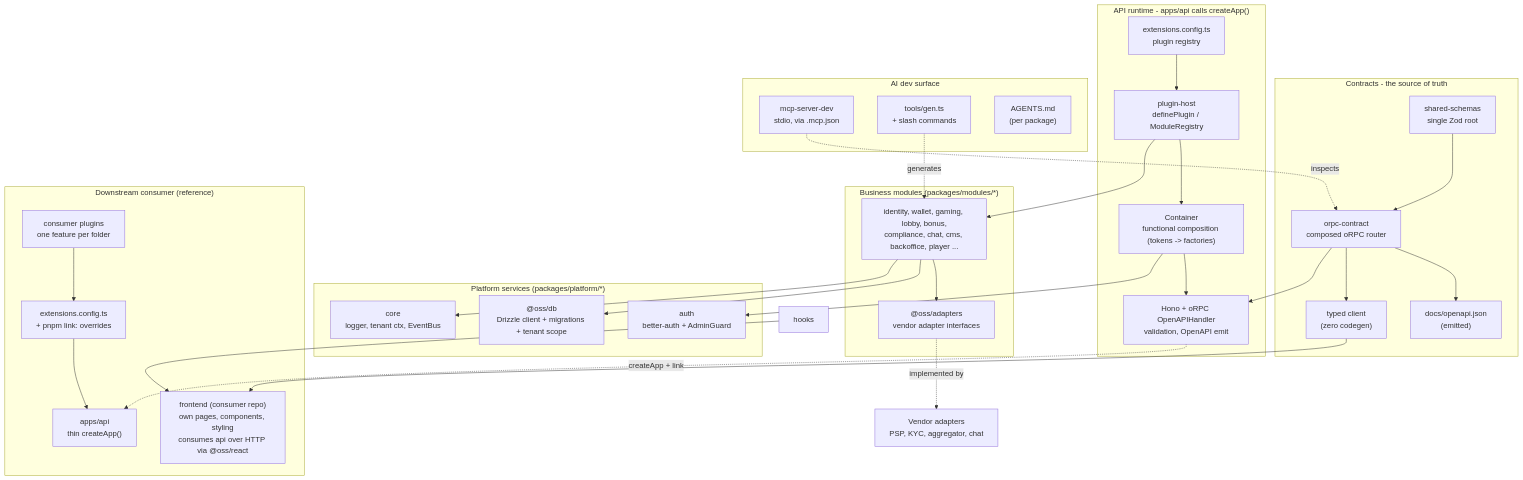
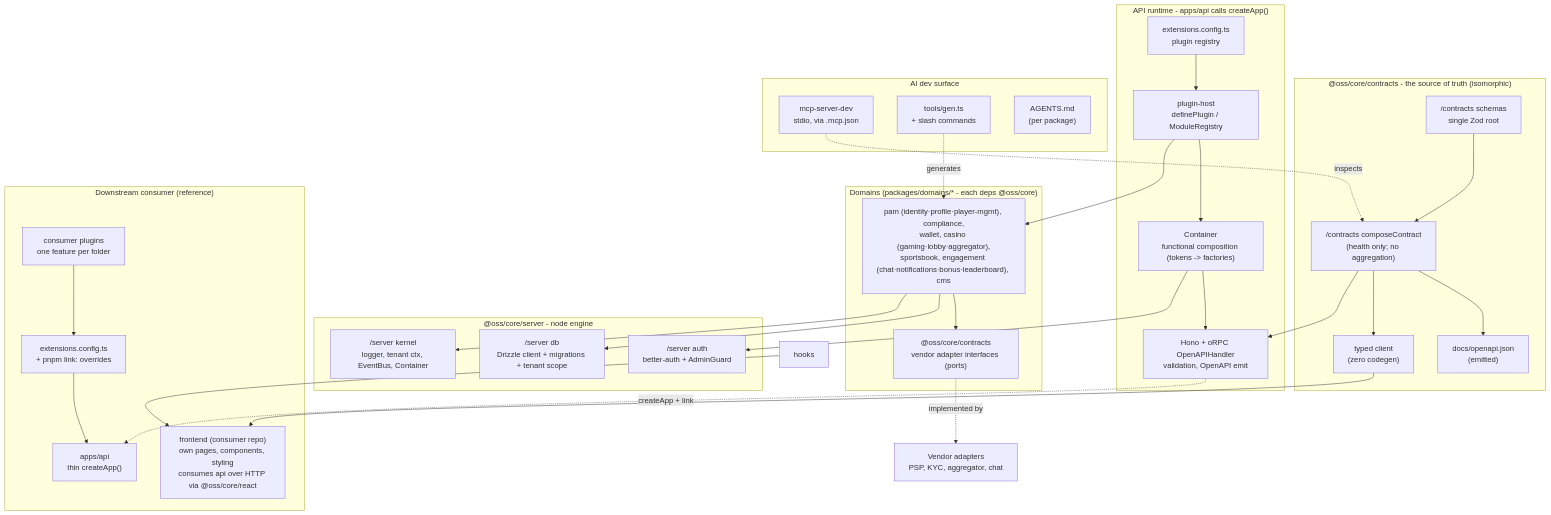
Before and after one commit to blurifycom/openora: the first of 2 diagrams in docs/architecture.md, drawn with Mermaid. The commit also changed other lines of this file and 544 other files, not shown here.

Commit message:
refactor: single @oss/core package (ADR-0025)

````diff
--- a/docs/architecture.md
+++ b/docs/architecture.md
@@ -12,63 +20,63 @@
 ```mermaid
 flowchart TB
-  subgraph contracts["Contracts - the source of truth"]
-    zod["shared-schemas<br/>single Zod root"]
-    orpc["orpc-contract<br/>composed oRPC router"]
+  subgraph contracts["@oss/core/contracts - the source of truth (isomorphic)"]
+    zod["/contracts schemas<br/>single Zod root"]
+    orpc["/contracts composeContract<br/>(health only; no aggregation)"]
     openapi["docs/openapi.json<br/>(emitted)"]
     client["typed client<br/>(zero codegen)"]
     zod --> orpc
     orpc --> openapi
     orpc --> client
   end
 
   subgraph runtime["API runtime - apps/api calls createApp()"]
     cfg["extensions.config.ts<br/>plugin registry"]
     host["plugin-host<br/>definePlugin / ModuleRegistry"]
     container["Container<br/>functional composition (tokens -> factories)"]
     hono["Hono + oRPC OpenAPIHandler<br/>validation, OpenAPI emit"]
     cfg --> host
     host --> container
     container --> hono
     orpc --> hono
   end
 
-  subgraph platform["Platform services (packages/platform/*)"]
-    db["@oss/db<br/>Drizzle client + migrations + tenant scope"]
-    auth["auth<br/>better-auth + AdminGuard"]
-    core["core<br/>logger, tenant ctx, EventBus"]
+  subgraph platform["@oss/core/server - node engine"]
+    db["/server db<br/>Drizzle client + migrations + tenant scope"]
+    auth["/server auth<br/>better-auth + AdminGuard"]
+    core["/server kernel<br/>logger, tenant ctx, EventBus, Container"]
   end
 
-  subgraph modules["Business modules (packages/modules/*)"]
-    mod["identity, wallet, gaming, lobby, bonus,<br/>compliance, chat, cms, backoffice, player ..."]
-    adapters["@oss/adapters<br/>vendor adapter interfaces"]
+  subgraph modules["Domains (packages/domains/* - each deps @oss/core)"]
+    mod["pam (identity·profile·player-mgmt), compliance,<br/>wallet, casino (gaming·lobby·aggregator),<br/>sportsbook, engagement (chat·notifications·bonus·leaderboard), cms"]
+    adapters["@oss/core/contracts<br/>vendor adapter interfaces (ports)"]
     mod --> adapters
   end
 
   vendor["Vendor adapters<br/>PSP, KYC, aggregator, chat"]
 
   host --> mod
   container --> auth
   mod --> db
   mod --> core
   adapters -. implemented by .-> vendor
 
   subgraph consumer["Downstream consumer (reference)"]
     bapi["apps/api<br/>thin createApp()"]
-    bfront["frontend (consumer repo)<br/>own pages, components, styling<br/>consumes api over HTTP via @oss/react"]
+    bfront["frontend (consumer repo)<br/>own pages, components, styling<br/>consumes api over HTTP via @oss/core/react"]
     bplug["consumer plugins<br/>one feature per folder"]
     bcfg["extensions.config.ts<br/>+ pnpm link: overrides"]
     bplug --> bcfg
     bcfg --> bapi
   end
   hono -. createApp + link .-> bapi
   client --> bfront
   hooks --> bfront
 
   subgraph ai["AI dev surface"]
     mcp["mcp-server-dev<br/>stdio, via .mcp.json"]
     scaffold["tools/gen.ts<br/>+ slash commands"]
     agentsmd["AGENTS.md<br/>(per package)"]
   end
   mcp -. inspects .-> orpc
   scaffold -. generates .-> mod
 ```
````
